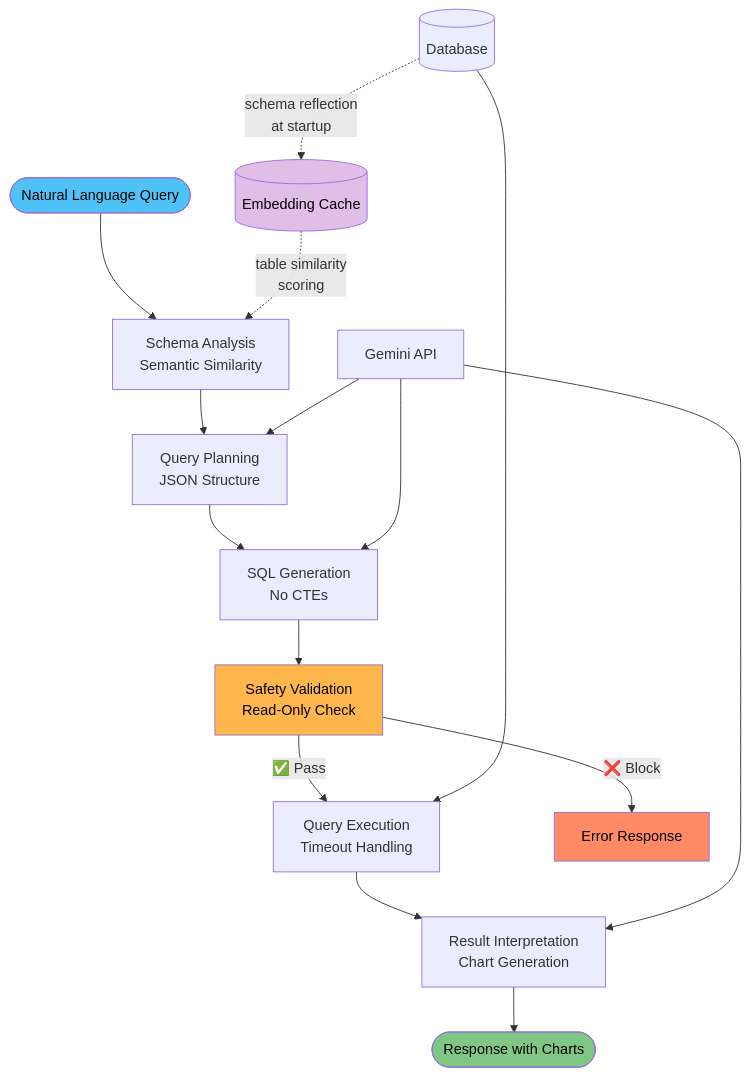
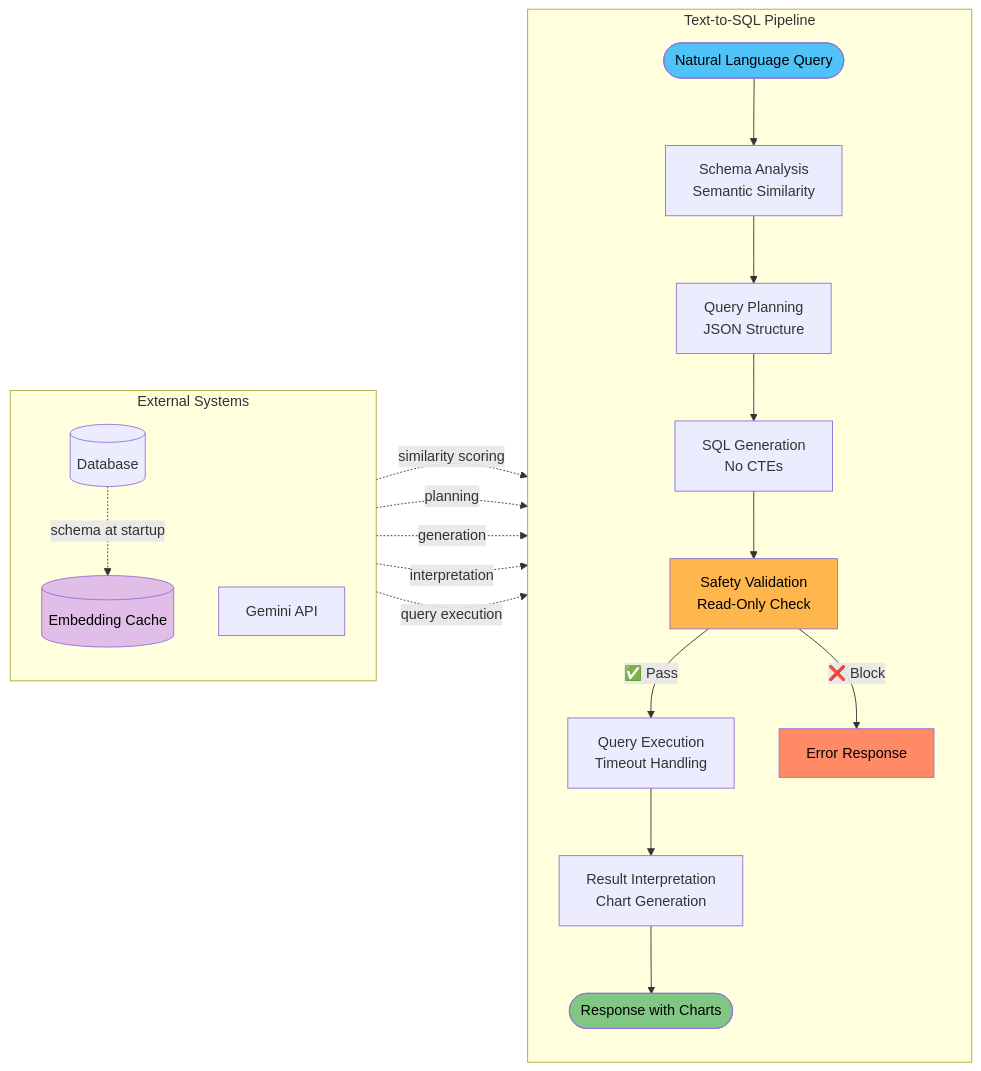
The diagram in README.md (keo571/netquery), drawn with Mermaid before and after one commit.

Commit message:
Improve README mermaid chart organization
- Reorganized architecture diagram using subgraphs
- Separated main pipeline from external systems
- Eliminated crossing lines for cleaner visual flow
- Maintained all functionality while reducing visual clutter

🤖 Generated with [Claude Code](https://claude.ai/code)

````diff
--- a/README.md
+++ b/README.md
@@ -7,24 +7,34 @@
 ```mermaid
-flowchart TD
-    A([Natural Language Query]) --> B[Schema Analysis<br/>Semantic Similarity]
-    B --> C[Query Planning<br/>JSON Structure]
-    C --> D[SQL Generation<br/>No CTEs]
-    D --> E[Safety Validation<br/>Read-Only Check]
-    E -->|✅ Pass| F[Query Execution<br/>Timeout Handling]
-    E -->|❌ Block| I[Error Response]
-    F --> G[Result Interpretation<br/>Chart Generation]
-    G --> H([Response with Charts])
+flowchart LR
+    subgraph Pipeline ["Text-to-SQL Pipeline"]
+        direction TB
+        A([Natural Language Query]) --> B[Schema Analysis<br/>Semantic Similarity]
+        B --> C[Query Planning<br/>JSON Structure]
+        C --> D[SQL Generation<br/>No CTEs]
+        D --> E[Safety Validation<br/>Read-Only Check]
+        E -->|✅ Pass| F[Query Execution<br/>Timeout Handling]
+        E -->|❌ Block| I[Error Response]
+        F --> G[Result Interpretation<br/>Chart Generation]
+        G --> H([Response with Charts])
+    end
 
-    DB[(Database)] -.->|schema reflection<br/>at startup| CACHE
-    CACHE[(Embedding Cache)] -.->|table similarity<br/>scoring| B
-    LLM[Gemini API] --> C
-    LLM --> D
-    LLM --> G
-    DB --> F
+    subgraph External ["External Systems"]
+        direction TB
+        DB[(Database)]
+        CACHE[(Embedding Cache)]
+        LLM[Gemini API]
+    end
+
+    DB -.->|schema at startup| CACHE
+    CACHE -.->|similarity scoring| B
+    LLM -.->|planning| C
+    LLM -.->|generation| D
+    LLM -.->|interpretation| G
+    DB -.->|query execution| F
 
     style A fill:#4FC3F7,color:#000
     style H fill:#81C784,color:#000
     style I fill:#FF8A65,color:#000
     style E fill:#FFB74D,color:#000
     style CACHE fill:#E1BEE7,color:#000
 ```
````
